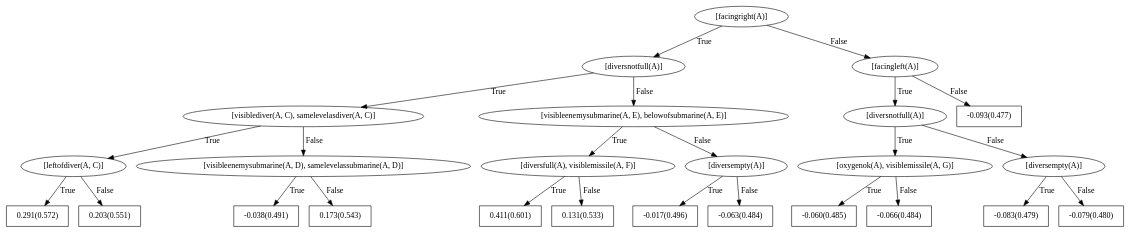
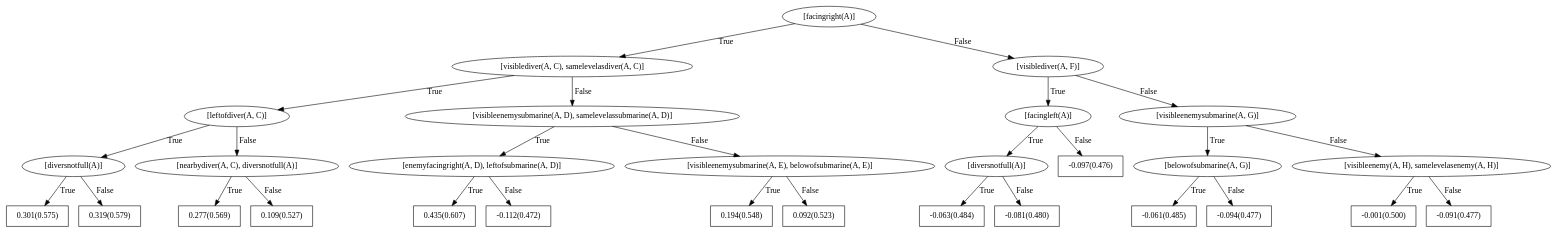
One commit to nikhileshp/NeSY-Imitation-Learning changed the diagram in rdn_models/seaquest/all/negpos_2_trees_10_depth_3_grounding_penalty_0.01_new/right/seed_42/bRDNs/dotFiles/WILLTreeFor_action4.dot. Above: the diagram before and after it, drawn with Graphviz. The commit also changed 280 other files, not shown here.

```diff
--- a/rdn_models/seaquest/all/negpos_2_trees_10_depth_3_grounding_penalty_0.01_new/right/seed_42/bRDNs/dotFiles/WILLTreeFor_action4.dot
+++ b/rdn_models/seaquest/all/negpos_2_trees_10_depth_3_grounding_penalty_0.01_new/right/seed_42/bRDNs/dotFiles/WILLTreeFor_action4.dot
@@ -1,51 +1,59 @@
 digraph G{ 
 1[label = "[facingright(A)]"];
 1 -> 2[label="True"];
 1 -> 3[label="False"];
-2[label = "[diversnotfull(A)]"];
+2[label = "[visiblediver(A, C), samelevelasdiver(A, C)]"];
 2 -> 4[label="True"];
 2 -> 5[label="False"];
-4[label = "[visiblediver(A, C), samelevelasdiver(A, C)]"];
+4[label = "[leftofdiver(A, C)]"];
 4 -> 6[label="True"];
 4 -> 7[label="False"];
-6[label = "[leftofdiver(A, C)]"];
+6[label = "[diversnotfull(A)]"];
 6 -> 8[label="True"];
 6 -> 9[label="False"];
-8[shape = box,label = "0.291(0.572)"];
-9[shape = box,label = "0.203(0.551)"];
-7[label = "[visibleenemysubmarine(A, D), samelevelassubmarine(A, D)]"];
+8[shape = box,label = "0.301(0.575)"];
+9[shape = box,label = "0.319(0.579)"];
+7[label = "[nearbydiver(A, C), diversnotfull(A)]"];
 7 -> 10[label="True"];
 7 -> 11[label="False"];
-10[shape = box,label = "-0.038(0.491)"];
-11[shape = box,label = "0.173(0.543)"];
-5[label = "[visibleenemysubmarine(A, E), belowofsubmarine(A, E)]"];
+10[shape = box,label = "0.277(0.569)"];
+11[shape = box,label = "0.109(0.527)"];
+5[label = "[visibleenemysubmarine(A, D), samelevelassubmarine(A, D)]"];
 5 -> 12[label="True"];
 5 -> 13[label="False"];
-12[label = "[diversfull(A), visiblemissile(A, F)]"];
+12[label = "[enemyfacingright(A, D), leftofsubmarine(A, D)]"];
 12 -> 14[label="True"];
 12 -> 15[label="False"];
-14[shape = box,label = "0.411(0.601)"];
-15[shape = box,label = "0.131(0.533)"];
-13[label = "[diversempty(A)]"];
+14[shape = box,label = "0.435(0.607)"];
+15[shape = box,label = "-0.112(0.472)"];
+13[label = "[visibleenemysubmarine(A, E), belowofsubmarine(A, E)]"];
 13 -> 16[label="True"];
 13 -> 17[label="False"];
-16[shape = box,label = "-0.017(0.496)"];
-17[shape = box,label = "-0.063(0.484)"];
-3[label = "[facingleft(A)]"];
+16[shape = box,label = "0.194(0.548)"];
+17[shape = box,label = "0.092(0.523)"];
+3[label = "[visiblediver(A, F)]"];
 3 -> 18[label="True"];
 3 -> 19[label="False"];
-18[label = "[diversnotfull(A)]"];
+18[label = "[facingleft(A)]"];
 18 -> 20[label="True"];
 18 -> 21[label="False"];
-20[label = "[oxygenok(A), visiblemissile(A, G)]"];
+20[label = "[diversnotfull(A)]"];
 20 -> 22[label="True"];
 20 -> 23[label="False"];
-22[shape = box,label = "-0.060(0.485)"];
-23[shape = box,label = "-0.066(0.484)"];
-21[label = "[diversempty(A)]"];
-21 -> 24[label="True"];
-21 -> 25[label="False"];
-24[shape = box,label = "-0.083(0.479)"];
-25[shape = box,label = "-0.079(0.480)"];
-19[shape = box,label = "-0.093(0.477)"];
+22[shape = box,label = "-0.063(0.484)"];
+23[shape = box,label = "-0.081(0.480)"];
+21[shape = box,label = "-0.097(0.476)"];
+19[label = "[visibleenemysubmarine(A, G)]"];
+19 -> 24[label="True"];
+19 -> 25[label="False"];
+24[label = "[belowofsubmarine(A, G)]"];
+24 -> 26[label="True"];
+24 -> 27[label="False"];
+26[shape = box,label = "-0.061(0.485)"];
+27[shape = box,label = "-0.094(0.477)"];
+25[label = "[visibleenemy(A, H), samelevelasenemy(A, H)]"];
+25 -> 28[label="True"];
+25 -> 29[label="False"];
+28[shape = box,label = "-0.001(0.500)"];
+29[shape = box,label = "-0.091(0.477)"];
 }
```
